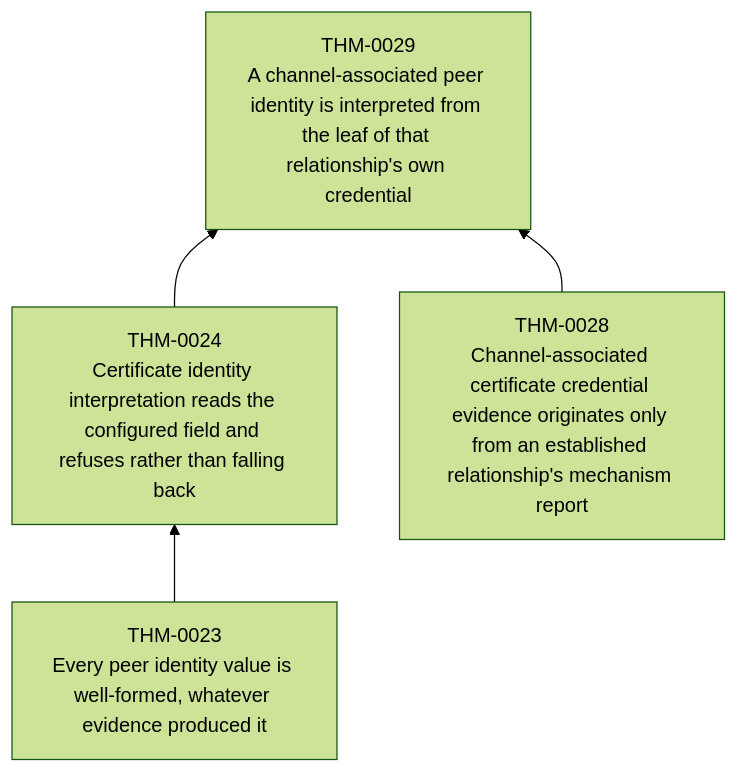
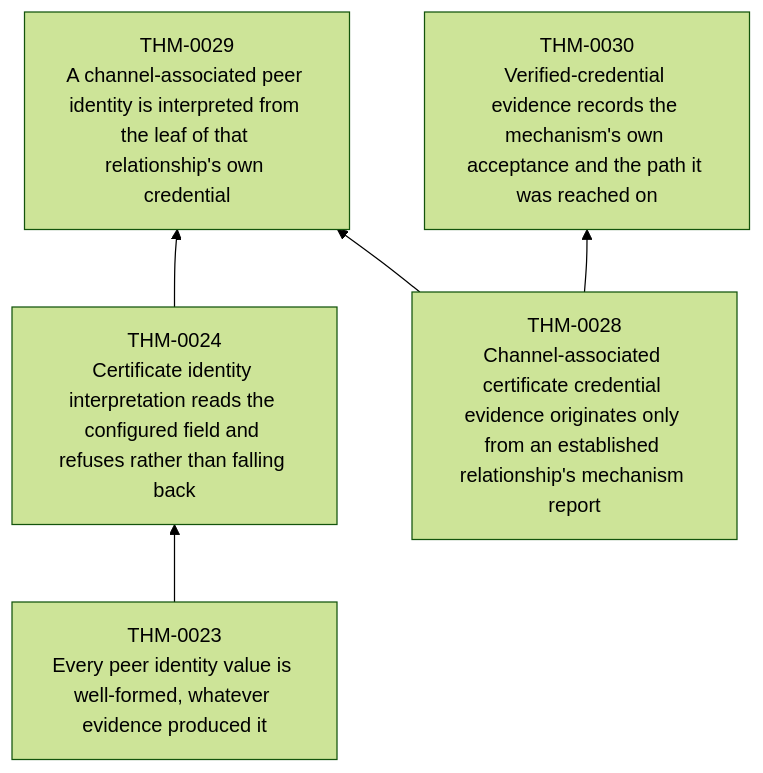
Before and after one commit to matssun/mcp-re: the tenth of 11 diagrams in verification/generated/theorem-dependencies.md, drawn with Mermaid (forest theme). The commit also changed 14 other files, not shown here.

First line of the commit message:
feat(communication-assurance): mechanism-verified credential evidence (MCPRE-161)

````diff
--- a/verification/generated/theorem-dependencies.md
+++ b/verification/generated/theorem-dependencies.md
@@ -106,10 +106,12 @@
 ```mermaid
 graph BT
     THM_0023["THM-0023<br/>Every peer identity value is well-formed, whatever evidence produced it"]
     THM_0024["THM-0024<br/>Certificate identity interpretation reads the configured field and refuses rather than falling back"]
     THM_0028["THM-0028<br/>Channel-associated certificate credential evidence originates only from an established relationship's mechanism report"]
     THM_0029["THM-0029<br/>A channel-associated peer identity is interpreted from the leaf of that relationship's own credential"]
+    THM_0030["THM-0030<br/>Verified-credential evidence records the mechanism's own acceptance and the path it was reached on"]
     THM_0023 --> THM_0024
     THM_0024 --> THM_0029
     THM_0028 --> THM_0029
+    THM_0028 --> THM_0030
 ```
````
